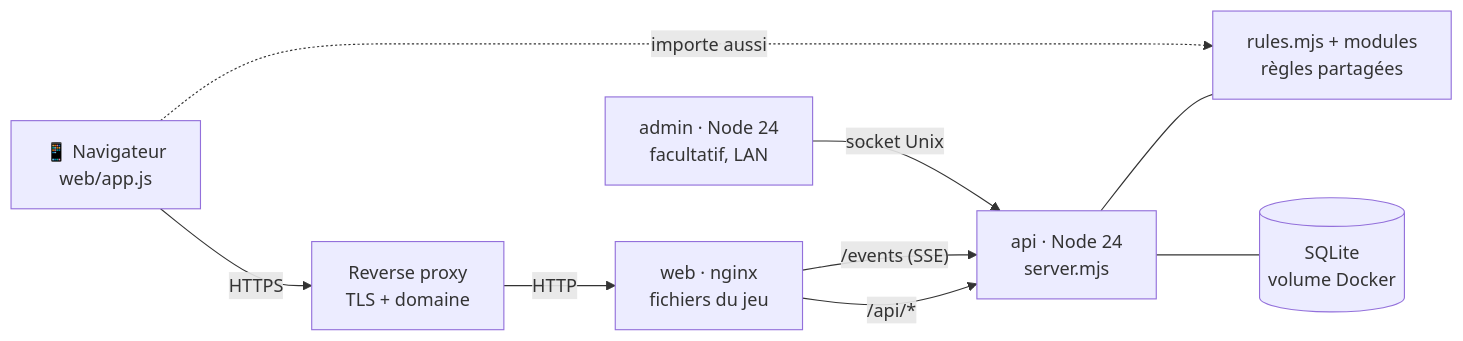
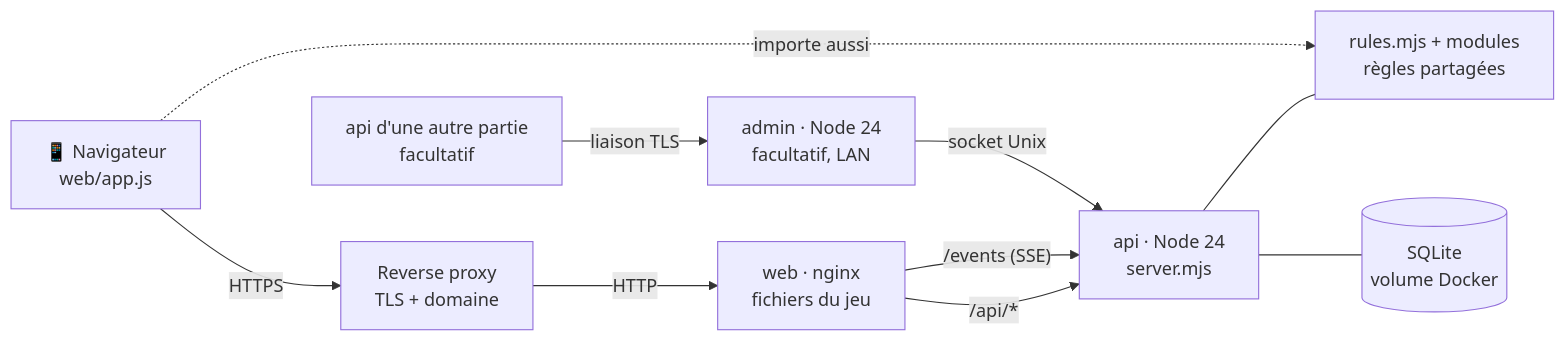
One commit to MonXBZH/politigo changed the diagram in README.md. Above: the diagram before and after it, drawn with Mermaid. The commit also changed other lines of this file and 24 other files, not shown here.

````diff
--- a/README.md
+++ b/README.md
@@ -216,11 +217,12 @@
 ```mermaid
 flowchart LR
   P["📱 Navigateur<br/>web/app.js"] -- HTTPS --> RP["Reverse proxy<br/>TLS + domaine"]
   RP -- HTTP --> W["web · nginx<br/>fichiers du jeu"]
   W -- "/api/*" --> A["api · Node 24<br/>server.mjs"]
   W -- "/events (SSE)" --> A
   A --- R["rules.mjs + modules<br/>règles partagées"]
   P -. "importe aussi" .-> R
   A --- DB[("SQLite<br/>volume Docker")]
   AD["admin · Node 24<br/>facultatif, LAN"] -- "socket Unix" --> A
+  A2["api d'une autre partie<br/>facultatif"] -- "liaison TLS" --> AD
 ```
````
